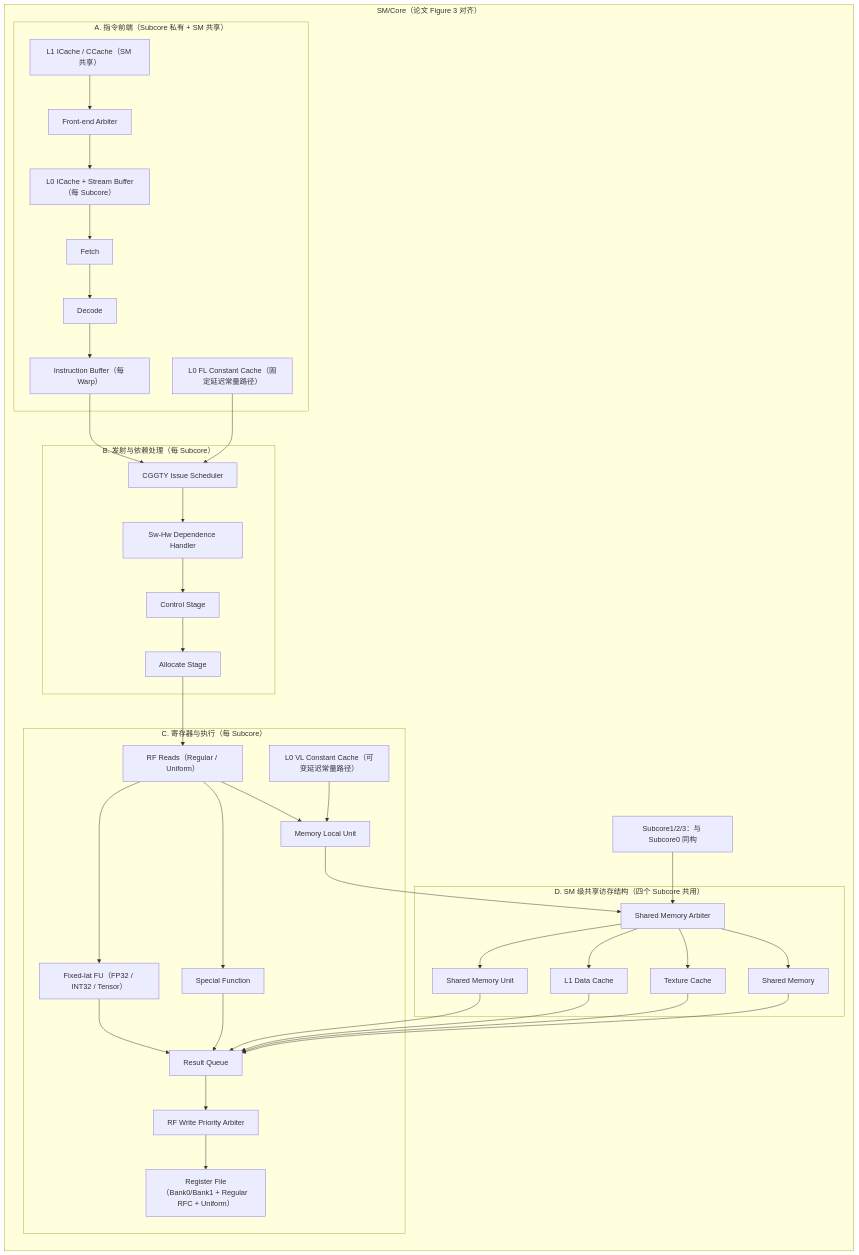
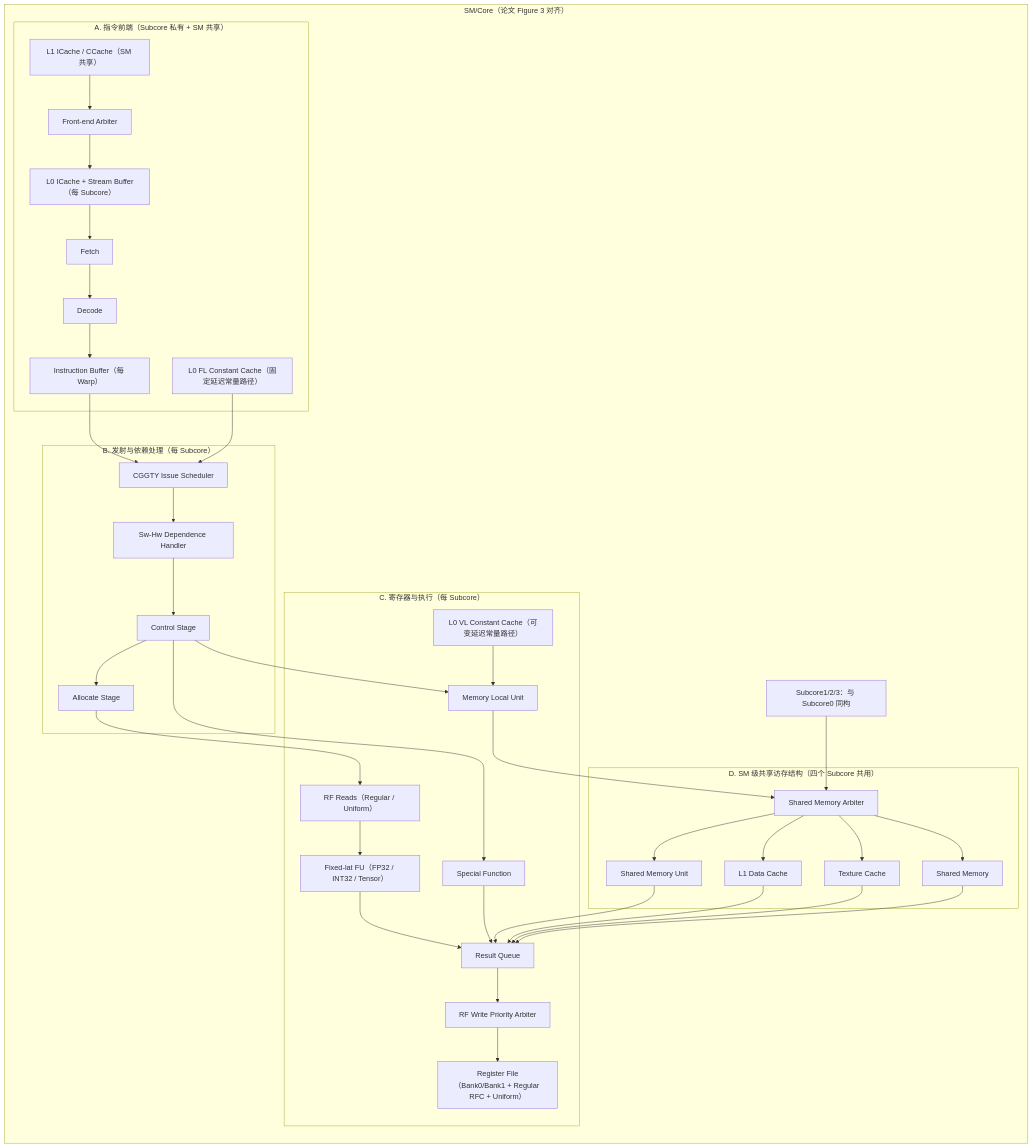
The second of 8 diagrams in docs/detailed-design/02-SM顶层设计.md (dzwduan/modern-gpu-simulator-micro-2025), drawn with Mermaid before and after one commit. The commit also changed other lines of this file and 3 other files, not shown here.

````diff
--- a/docs/detailed-design/02-SM顶层设计.md
+++ b/docs/detailed-design/02-SM顶层设计.md
@@ -102,56 +104,57 @@
 ```mermaid
 flowchart LR
     subgraph CORE["SM/Core（论文 Figure 3 对齐）"]
         subgraph FE["A. 指令前端（Subcore 私有 + SM 共享）"]
             L1I["L1 ICache / CCache（SM 共享）"]
             AIF["Front-end Arbiter"]
             L0I["L0 ICache + Stream Buffer（每 Subcore）"]
             L0FL["L0 FL Constant Cache（固定延迟常量路径）"]
             FET["Fetch"]
             DEC["Decode"]
             IB["Instruction Buffer（每 Warp）"]
         end
 
         subgraph ISS["B. 发射与依赖处理（每 Subcore）"]
             ISU["CGGTY Issue Scheduler"]
             DEP["Sw-Hw Dependence Handler"]
             CTL["Control Stage"]
             ALLOC["Allocate Stage"]
         end
 
         subgraph EXRF["C. 寄存器与执行（每 Subcore）"]
             RFR["RF Reads（Regular / Uniform）"]
             EXF["Fixed-lat FU（FP32 / INT32 / Tensor）"]
             SFU["Special Function"]
             MLMU["Memory Local Unit"]
             RQ["Result Queue"]
             WBARB["RF Write Priority Arbiter"]
             RF["Register File（Bank0/Bank1 + Regular RFC + Uniform）"]
             L0VL["L0 VL Constant Cache（可变延迟常量路径）"]
         end
 
         subgraph SHM["D. SM 级共享访存结构（四个 Subcore 共用）"]
             MEMARB["Shared Memory Arbiter"]
             SMU["Shared Memory Unit"]
             L1D["L1 Data Cache"]
             TEX["Texture Cache"]
             SMEM["Shared Memory"]
         end
 
         SUBN["Subcore1/2/3：与 Subcore0 同构"]
     end
 
     L1I --> AIF --> L0I --> FET --> DEC --> IB --> ISU
     L0FL --> ISU
-    ISU --> DEP --> CTL --> ALLOC --> RFR
+    ISU --> DEP --> CTL
+    CTL --> ALLOC --> RFR
     RFR --> EXF --> RQ
-    RFR --> SFU --> RQ
-    RFR --> MLMU --> MEMARB
+    CTL --> SFU --> RQ
+    CTL --> MLMU --> MEMARB
     L0VL --> MLMU
     MEMARB --> SMU --> RQ
     MEMARB --> L1D --> RQ
     MEMARB --> TEX --> RQ
     MEMARB --> SMEM --> RQ
     RQ --> WBARB --> RF
     SUBN --> MEMARB
 ```
````
